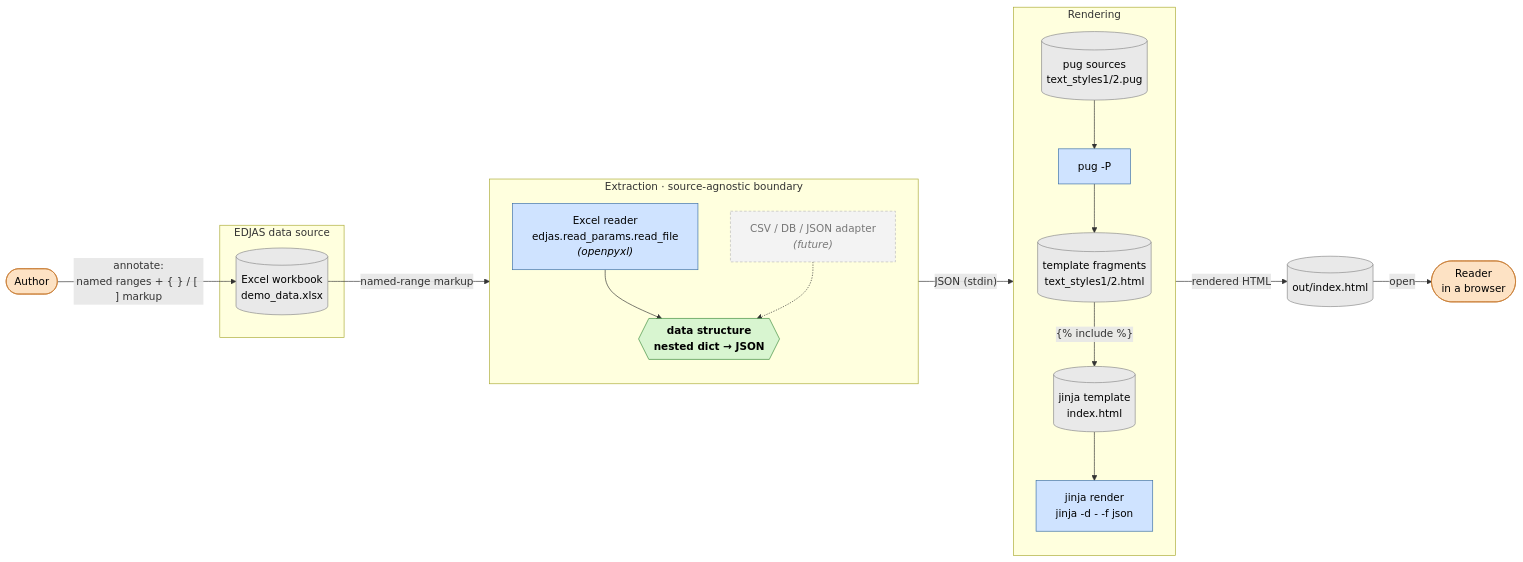
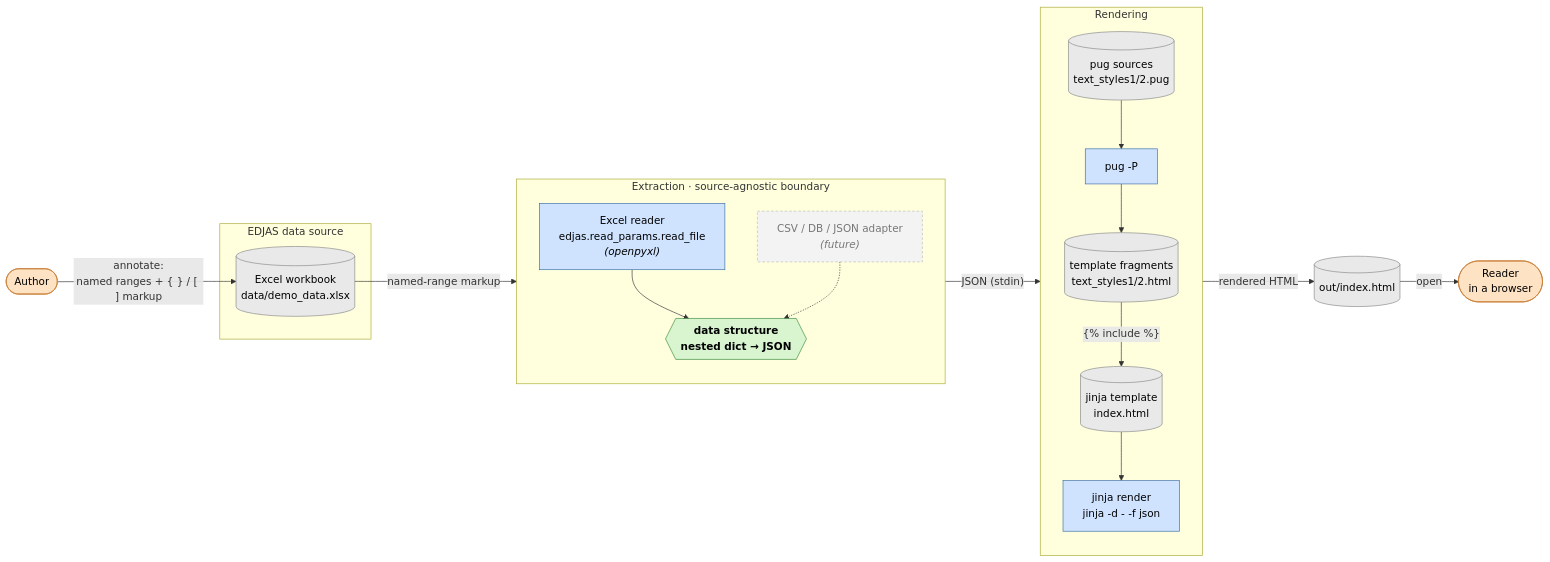
The first of 2 diagrams in docs/dataflow.md (holdenweb/edjas-demo), drawn with Mermaid before and after one commit. The commit also changed 14 other files, not shown here.

````diff
--- a/docs/dataflow.md
+++ b/docs/dataflow.md
@@ -25,47 +25,47 @@
 ```mermaid
 flowchart LR
     author([Author]):::entity
     reader_person([Reader<br/>in a browser]):::entity
 
     %% ---- Authoring ----
     author -- "annotate:<br/>named ranges + { } / [ ] markup" --> wb
 
     subgraph source [EDJAS data source]
-        wb[(Excel workbook<br/>demo_data.xlsx)]:::store
+        wb[(Excel workbook<br/>data/demo_data.xlsx)]:::store
     end
 
     %% ---- Extraction: the source-agnostic boundary ----
     subgraph extract [Extraction · source-agnostic boundary]
         direction TB
         xl["Excel reader<br/>edjas.read_params.read_file<br/><i>(openpyxl)</i>"]:::proc
         future["CSV / DB / JSON adapter<br/><i>(future)</i>"]:::future
         pivot{{"data structure<br/>nested dict → JSON"}}:::pivot
         xl --> pivot
         future -.-> pivot
     end
 
     wb -- "named-range markup" --> xl
 
     %% ---- Rendering ----
     subgraph render [Rendering]
         direction TB
         pug[(pug sources<br/>text_styles1/2.pug)]:::store
         frag[(template fragments<br/>text_styles1/2.html)]:::store
         tpl[(jinja template<br/>index.html)]:::store
         pugc["pug -P"]:::proc
         jinja["jinja render<br/>jinja -d - -f json"]:::proc
         pug --> pugc --> frag
         frag -- "{% include %}" --> tpl
         tpl --> jinja
     end
 
     pivot -- "JSON (stdin)" --> jinja
     jinja -- "rendered HTML" --> out[(out/index.html)]:::store
     out -- "open" --> reader_person
 
     classDef entity fill:#fde2c4,stroke:#c77b30,color:#000;
     classDef proc   fill:#cfe3ff,stroke:#3a6ea5,color:#000;
     classDef store  fill:#e9e9e9,stroke:#888,color:#000;
     classDef pivot  fill:#d8f5d0,stroke:#3a8a3a,color:#000,font-weight:bold;
     classDef future fill:#f3f3f3,stroke:#bbb,color:#777,stroke-dasharray:4 3;
 ```
````
